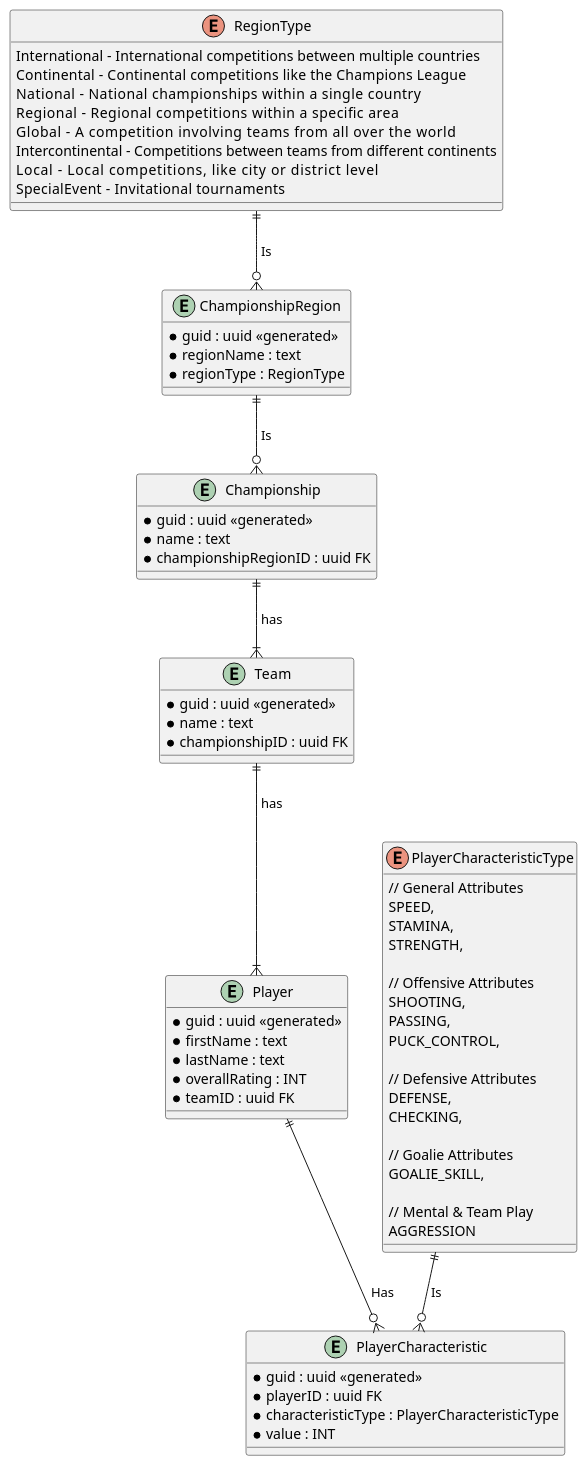
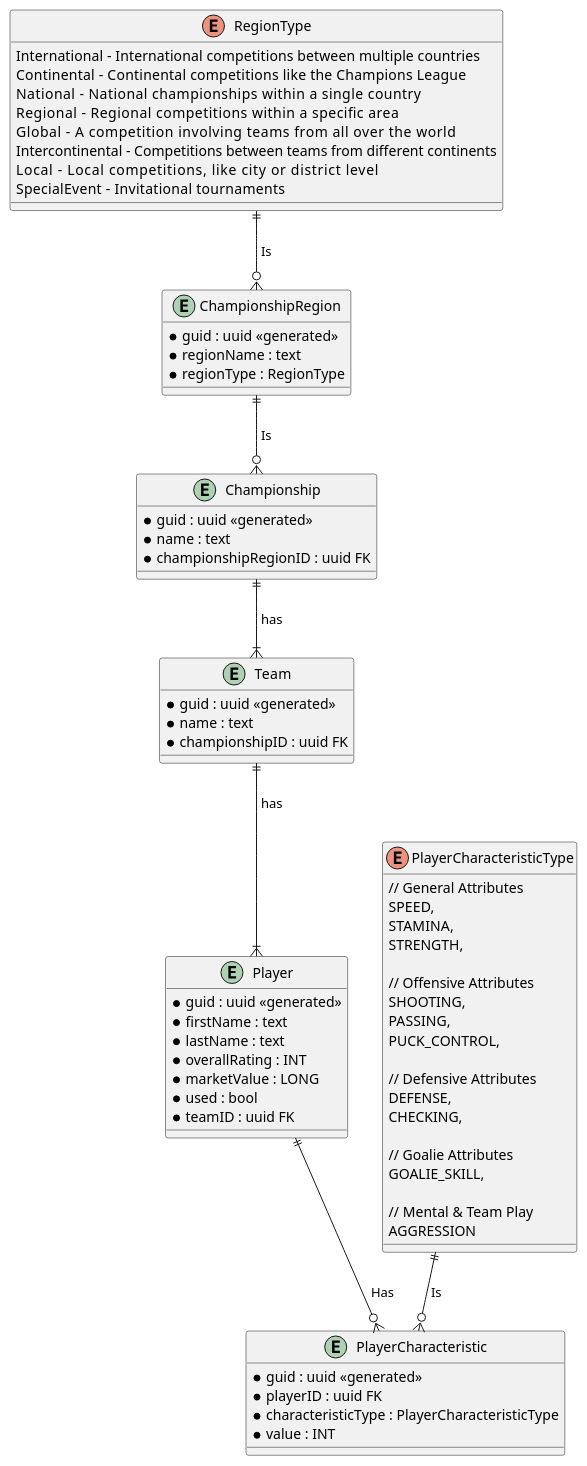
The diagram in docs/diagrams/er/world-list-service.puml (Ricaps/Ice-Hockey-Manager), drawn with PlantUML before and after one commit. The commit also changed 17 other files, not shown here.

Commit message:
WorldListService Business Logic - used flag, calculation of characteristic value, database clear

```diff
--- a/docs/diagrams/er/world-list-service.puml
+++ b/docs/diagrams/er/world-list-service.puml
@@ -1,81 +1,83 @@
 @startuml
 
 enum RegionType {
   International   - International competitions between multiple countries
   Continental     - Continental competitions like the Champions League
   National        - National championships within a single country
   Regional        - Regional competitions within a specific area
   Global          - A competition involving teams from all over the world
   Intercontinental - Competitions between teams from different continents
   Local           - Local competitions, like city or district level
   SpecialEvent    - Invitational tournaments
 }
 
 entity ChampionshipRegion {
   * guid : uuid <<generated>>
   * regionName : text
   * regionType : RegionType
 }
 
 entity Championship {
   * guid : uuid <<generated>>
   * name : text
   * championshipRegionID : uuid FK
 }
 
 entity Team {
   * guid : uuid <<generated>>
   * name : text
   * championshipID : uuid FK
 }
 
 entity Player {
   * guid : uuid <<generated>>
   * firstName : text
   * lastName : text
   * overallRating : INT
+  * marketValue : LONG
+  * used : bool
   * teamID : uuid FK
 }
 
 entity PlayerCharacteristic {
   * guid : uuid <<generated>>
   * playerID : uuid FK
   * characteristicType : PlayerCharacteristicType
   * value : INT
 }
 
 enum PlayerCharacteristicType {
     // General Attributes
     SPEED,
     STAMINA,
     STRENGTH,
 
     // Offensive Attributes
     SHOOTING,
     PASSING,
     PUCK_CONTROL,
 
     // Defensive Attributes
     DEFENSE,
     CHECKING,
 
     // Goalie Attributes
     GOALIE_SKILL,
 
     // Mental & Team Play
     AGGRESSION
 }
 
 RegionType ||--o{ ChampionshipRegion : " Is"
 
 ChampionshipRegion ||--o{ Championship : " Is"
 
 Championship ||--|{ Team : " has"
 
 Team ||--|{ Player : " has"
 
 Player ||--o{ PlayerCharacteristic : " Has "
 
 PlayerCharacteristicType ||--o{ PlayerCharacteristic : " Is"
 
 @enduml
```
